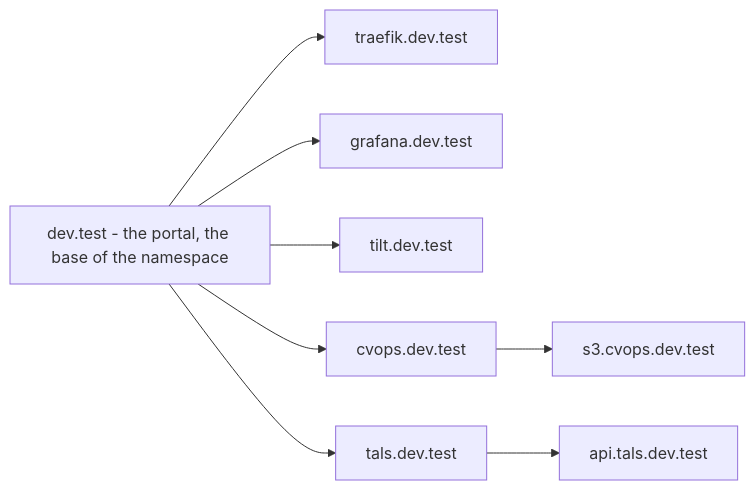
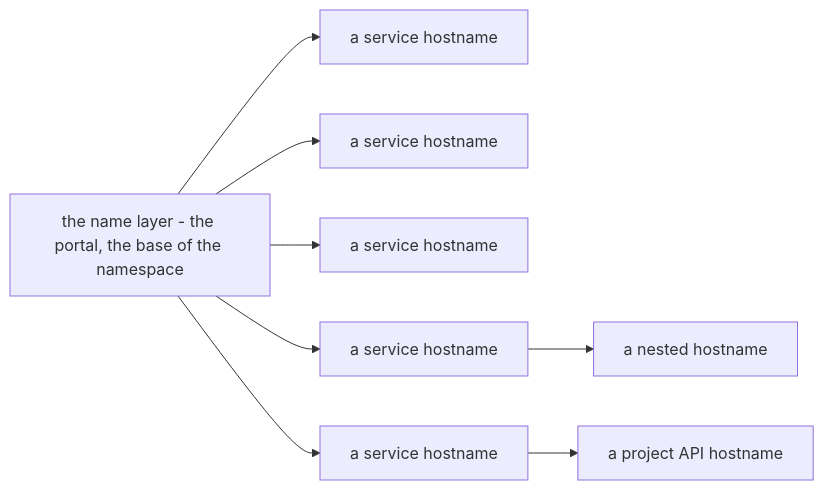
Before and after one commit to YehudaBriskman/Bothy: the fourth of 6 diagrams in docs/ARCHITECTURE.md, drawn with Mermaid. The commit also changed other lines of this file and 42 other files, not shown here.

````diff
--- a/docs/ARCHITECTURE.md
+++ b/docs/ARCHITECTURE.md
@@ -451,14 +451,14 @@
 ```mermaid
 flowchart LR
-    BASE["dev.test - the portal, the base of the namespace"]
+    BASE["the name layer - the portal, the base of the namespace"]
 
-    BASE --> TRA["traefik.dev.test"]
-    BASE --> GRA["grafana.dev.test"]
-    BASE --> TIL["tilt.dev.test"]
+    BASE --> TRA["a service hostname"]
+    BASE --> GRA["a service hostname"]
+    BASE --> TIL["a service hostname"]
 
-    BASE --> CVO["cvops.dev.test"]
-    CVO --> CS3["s3.cvops.dev.test"]
+    BASE --> CVO["a service hostname"]
+    CVO --> CS3["a nested hostname"]
 
-    BASE --> TAL["tals.dev.test"]
-    TAL --> TAPI["api.tals.dev.test"]
+    BASE --> TAL["a service hostname"]
+    TAL --> TAPI["a project API hostname"]
 ```
````
